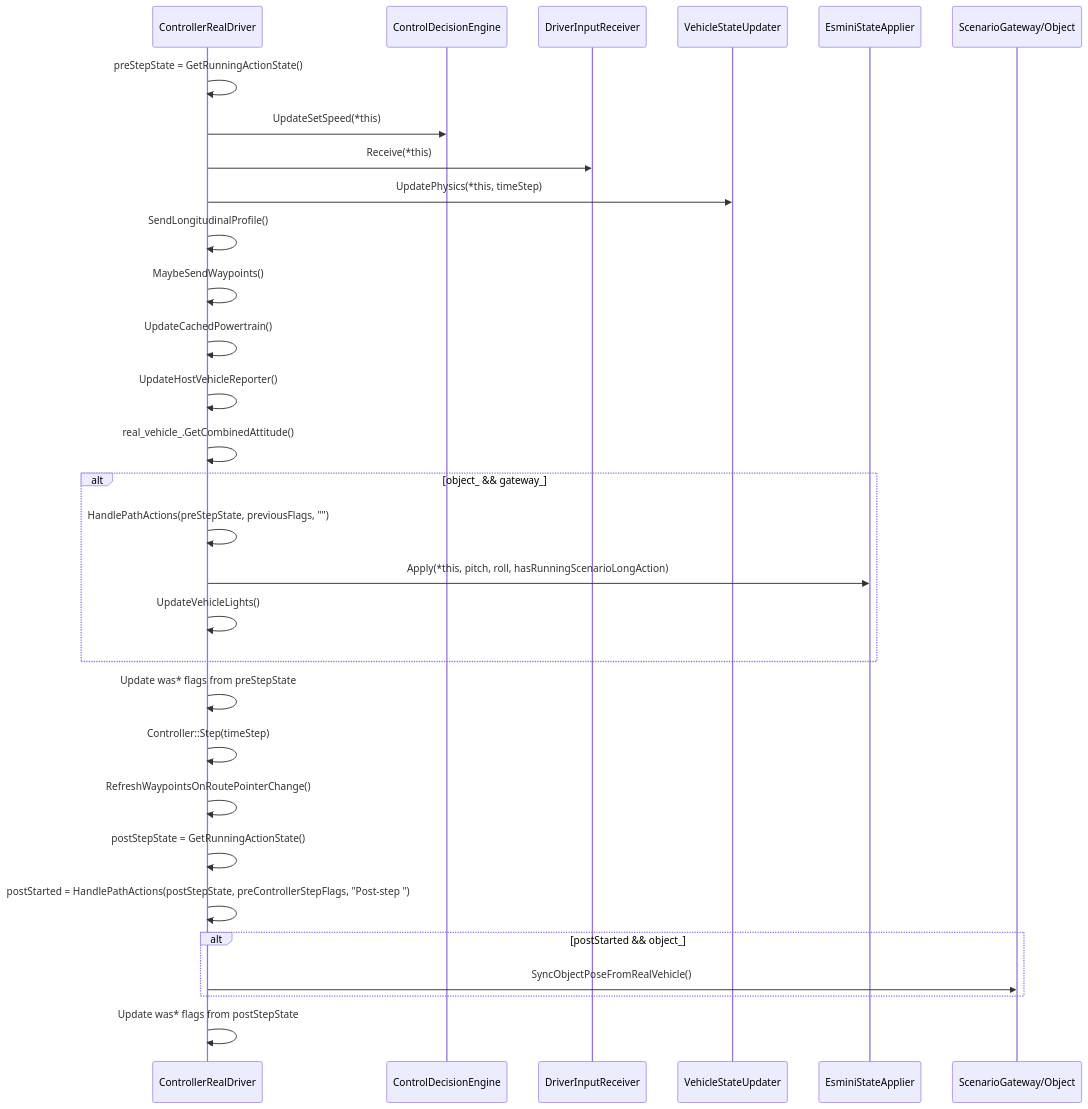
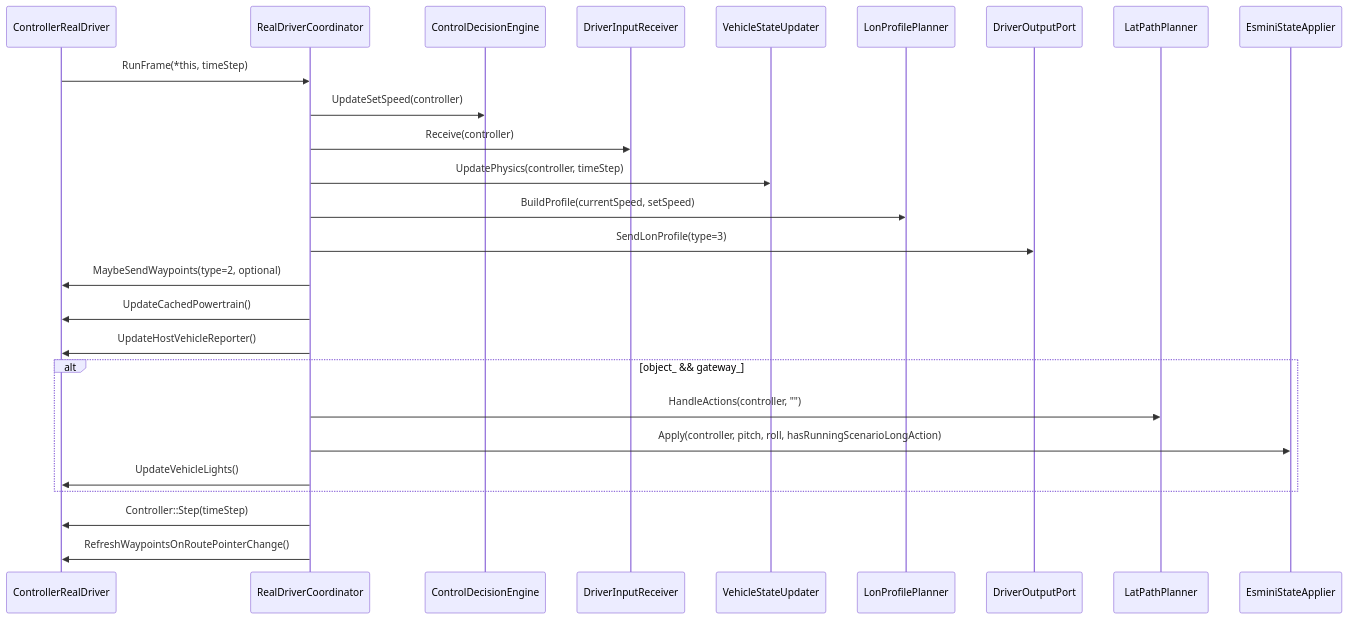
The third of 5 diagrams in GT_esmini/docs/controller_real_driver_logic.md (GT-karny/esmini), drawn with Mermaid before and after one commit. The commit also changed other lines of this file and 5 other files, not shown here.

````diff
--- a/GT_esmini/docs/controller_real_driver_logic.md
+++ b/GT_esmini/docs/controller_real_driver_logic.md
@@ -78,33 +74,29 @@
 ```mermaid
 sequenceDiagram
     participant C as ControllerRealDriver
+    participant R as RealDriverCoordinator
     participant DE as ControlDecisionEngine
-    participant DR as DriverInputReceiver
+    participant IN as DriverInputReceiver
     participant VS as VehicleStateUpdater
+    participant LP as LonProfilePlanner
+    participant OUT as DriverOutputPort
+    participant LAT as LatPathPlanner
     participant EA as EsminiStateApplier
-    participant GW as ScenarioGateway/Object
 
-    C->>C: preStepState = GetRunningActionState()
-    C->>DE: UpdateSetSpeed(*this)
-    C->>DR: Receive(*this)
-    C->>VS: UpdatePhysics(*this, timeStep)
-    C->>C: SendLongitudinalProfile()
-    C->>C: MaybeSendWaypoints()
-    C->>C: UpdateCachedPowertrain()
-    C->>C: UpdateHostVehicleReporter()
-    C->>C: real_vehicle_.GetCombinedAttitude()
+    C->>R: RunFrame(*this, timeStep)
+    R->>DE: UpdateSetSpeed(controller)
+    R->>IN: Receive(controller)
+    R->>VS: UpdatePhysics(controller, timeStep)
+    R->>LP: BuildProfile(currentSpeed, setSpeed)
+    R->>OUT: SendLonProfile(type=3)
+    R->>C: MaybeSendWaypoints(type=2, optional)
+    R->>C: UpdateCachedPowertrain()
+    R->>C: UpdateHostVehicleReporter()
     alt object_ && gateway_
-        C->>C: HandlePathActions(preStepState, previousFlags, "")
-        C->>EA: Apply(*this, pitch, roll, hasRunningScenarioLongAction)
-        C->>C: UpdateVehicleLights()
+        R->>LAT: HandleActions(controller, "")
+        R->>EA: Apply(controller, pitch, roll, hasRunningScenarioLongAction)
+        R->>C: UpdateVehicleLights()
     end
-    C->>C: Update was* flags from preStepState
-    C->>C: Controller::Step(timeStep)
-    C->>C: RefreshWaypointsOnRoutePointerChange()
-    C->>C: postStepState = GetRunningActionState()
-    C->>C: postStarted = HandlePathActions(postStepState, preControllerStepFlags, "Post-step ")
-    alt postStarted && object_
-        C->>GW: SyncObjectPoseFromRealVehicle()
-    end
-    C->>C: Update was* flags from postStepState
+    R->>C: Controller::Step(timeStep)
+    R->>C: RefreshWaypointsOnRoutePointerChange()
 ```
````
